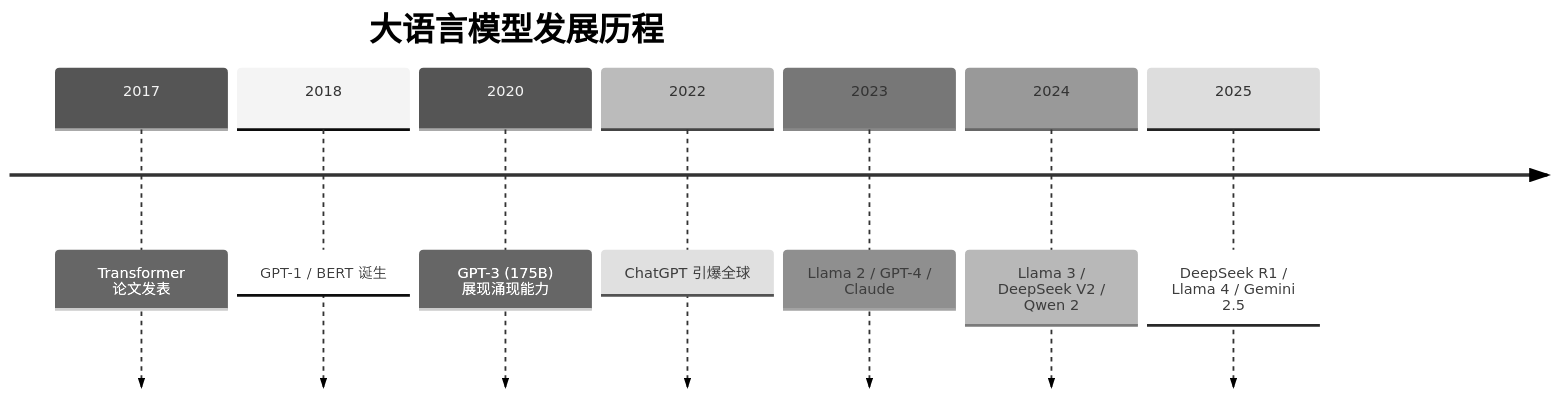
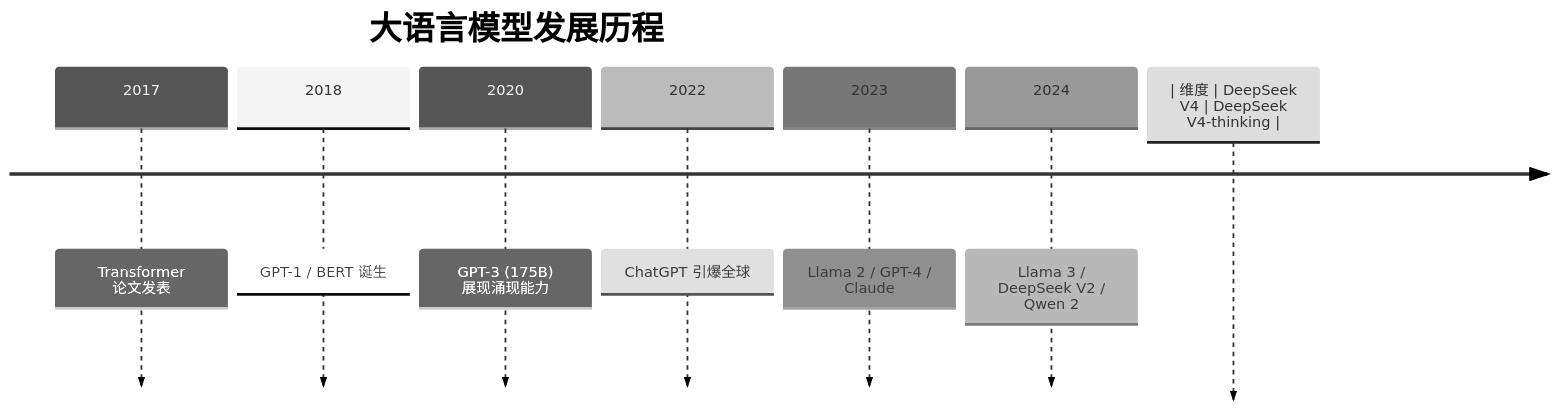
The sixth of 20 diagrams in docs/S5-AI/03-课程实战/07-Agent全栈开发实战.md (KMaybe01/interview-demo), drawn with Mermaid (neutral theme) before and after one commit. The commit also changed other lines of this file and 24 other files, not shown here.

````diff
--- a/docs/S5-AI/03-课程实战/07-Agent全栈开发实战.md
+++ b/docs/S5-AI/03-课程实战/07-Agent全栈开发实战.md
@@ -222,11 +222,11 @@
 ```mermaid
 timeline
     title 大语言模型发展历程
     2017 : Transformer 论文发表
     2018 : GPT-1 / BERT 诞生
     2020 : GPT-3 (175B) 展现涌现能力
     2022 : ChatGPT 引爆全球
     2023 : Llama 2 / GPT-4 / Claude
     2024 : Llama 3 / DeepSeek V2 / Qwen 2
-    2025 : DeepSeek R1 / Llama 4 / Gemini 2.5
+   | 维度 | DeepSeek V4 | DeepSeek V4-thinking |
 ```
````
